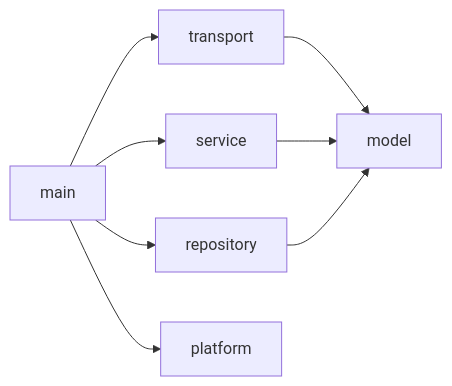
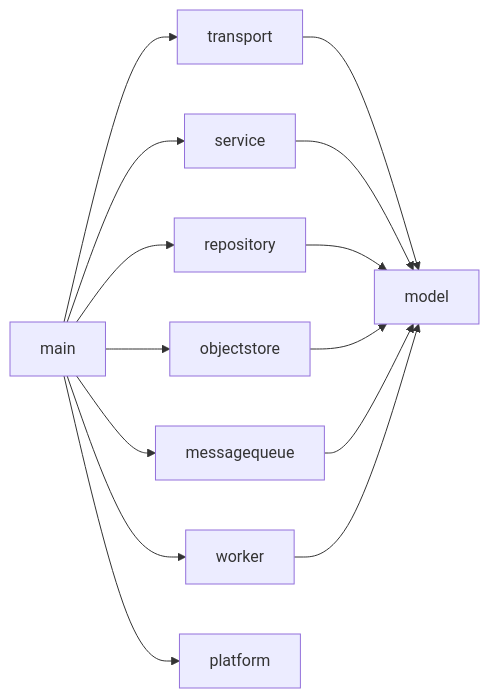
The first of 2 diagrams in docs/design/02-后端架构.md (StephenQiu30/then-server), drawn with Mermaid before and after one commit. The commit also changed other lines of this file and 40 other files, not shown here.

````diff
--- a/docs/design/02-后端架构.md
+++ b/docs/design/02-后端架构.md
@@ -93,10 +105,16 @@
 ```mermaid
 flowchart LR
     Main[main] --> Transport[transport]
     Main --> Service[service]
     Main --> Repository[repository]
+    Main --> ObjectStore[objectstore]
+    Main --> MessageQueue[messagequeue]
+    Main --> Worker[worker]
     Main --> Platform[platform]
     Transport --> Model[model]
     Service --> Model
     Repository --> Model
+    ObjectStore --> Model
+    MessageQueue --> Model
+    Worker --> Model
 ```
````
